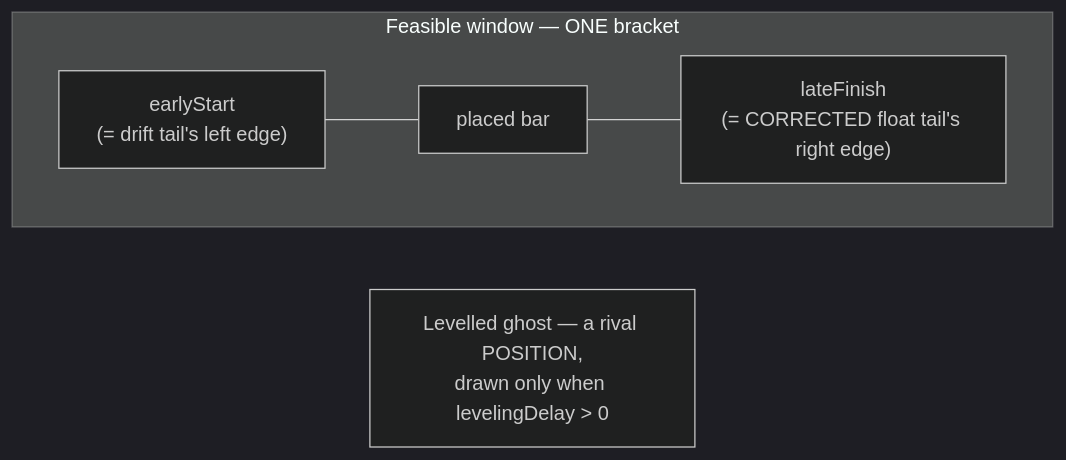
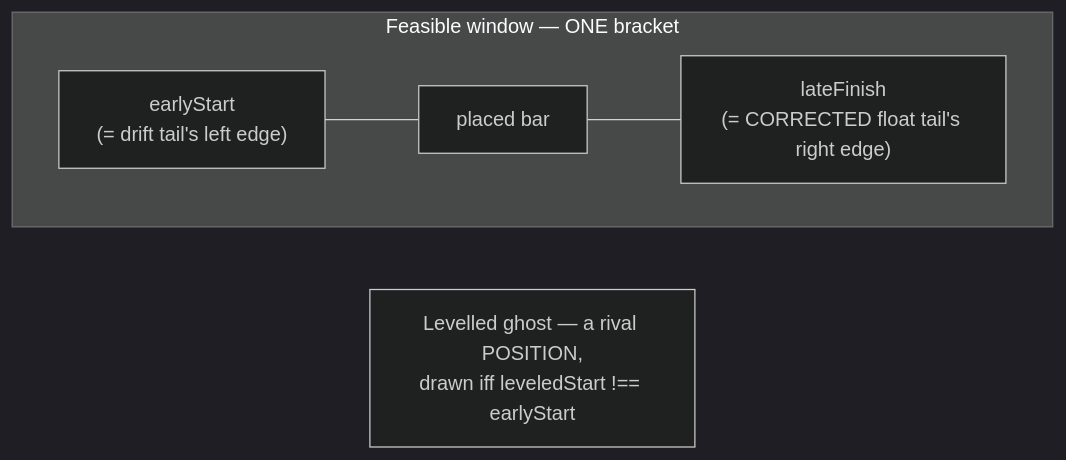
The second of 2 diagrams in docs/specs/one-planning-surface/feature-spec.md (HuttonHomeHub/SchedulePoint_1), drawn with Mermaid (dark theme) before and after one commit. The commit also changed other lines of this file and 2 other files, not shown here.

````diff
--- a/docs/specs/one-planning-surface/feature-spec.md
+++ b/docs/specs/one-planning-surface/feature-spec.md
@@ -429,8 +434,8 @@
 ```mermaid
 flowchart LR
   subgraph W["Feasible window — ONE bracket"]
     direction LR
     ES["earlyStart<br/>(= drift tail's left edge)"] --- BAR["placed bar"] --- LF["lateFinish<br/>(= CORRECTED float tail's right edge)"]
   end
-  LVG["Levelled ghost — a rival POSITION,<br/>drawn only when levelingDelay &gt; 0"]
+  LVG["Levelled ghost — a rival POSITION,<br/>drawn iff leveledStart !== earlyStart"]
 ```
````
